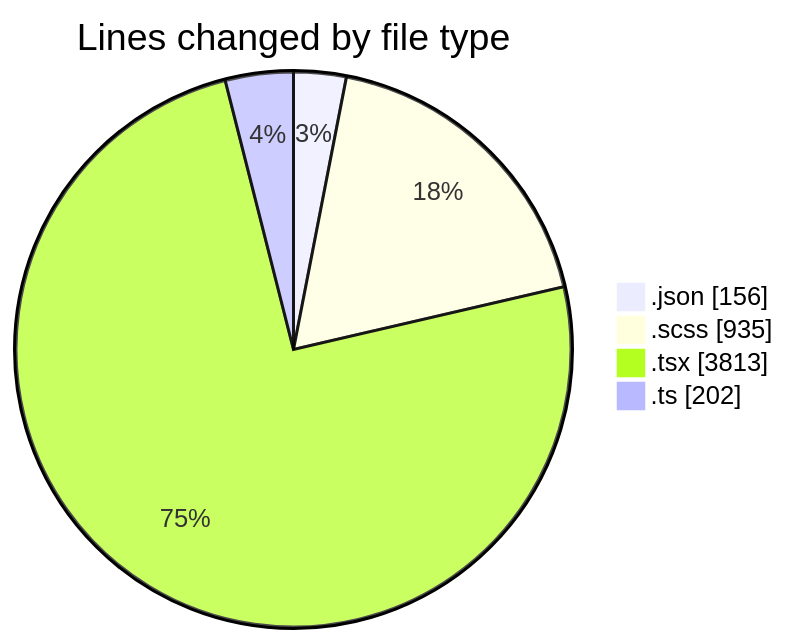
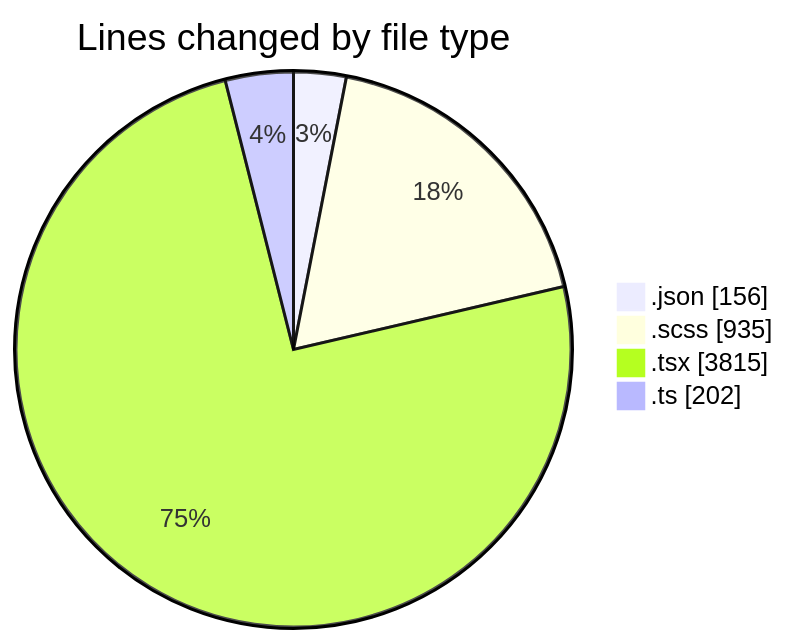
Before and after one commit to momahboobian/code-tracking: the first of 2 diagrams in 2026-02-17/cda/README.md, drawn with Mermaid. The commit also changed other lines of this file and 1 other file, not shown here.

````diff
--- a/2026-02-17/cda/README.md
+++ b/2026-02-17/cda/README.md
@@ -32,8 +32,8 @@
 ```mermaid
 pie showData
 title Lines changed by file type
 ".json" : 156
 ".scss" : 935
-".tsx" : 3813
+".tsx" : 3815
 ".ts" : 202
 ```
````
